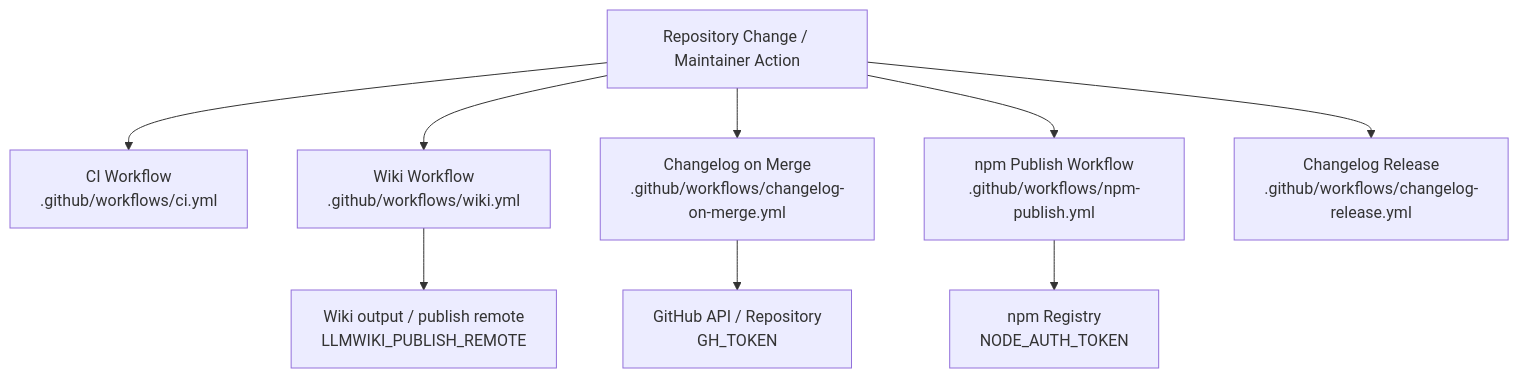
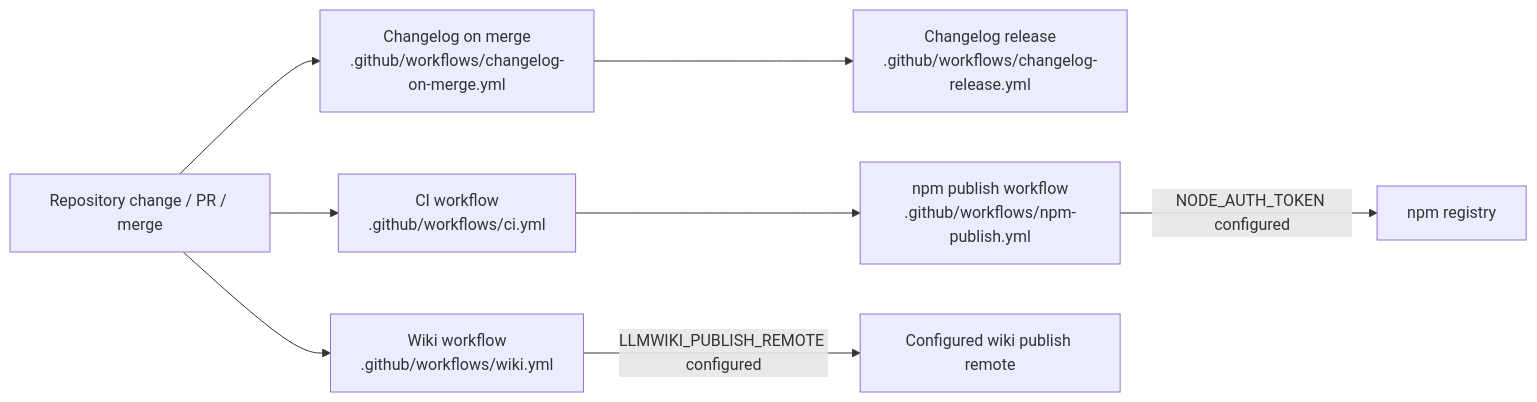
One commit to mfittko/repo-wiki changed the third of 3 diagrams in Architecture.md. Above: the diagram before and after it, drawn with Mermaid. The commit also changed other lines of this file and 46 other files, not shown here.

Commit message:
Compile repository wiki 2026-06-13T09:49:49.146Z

````diff
--- a/Architecture.md
+++ b/Architecture.md
@@ -184,19 +214,19 @@
 ```mermaid
-flowchart TD
-  Change["Repository Change / Maintainer Action"]
-  CI["CI Workflow\n.github/workflows/ci.yml"]
-  Wiki["Wiki Workflow\n.github/workflows/wiki.yml"]
-  Npm["npm Publish Workflow\n.github/workflows/npm-publish.yml"]
-  ChangelogMerge["Changelog on Merge\n.github/workflows/changelog-on-merge.yml"]
-  ChangelogRelease["Changelog Release\n.github/workflows/changelog-release.yml"]
+flowchart LR
+  Change["Repository change / PR / merge"]
+  CI["CI workflow<br/>.github/workflows/ci.yml"]
+  Wiki["Wiki workflow<br/>.github/workflows/wiki.yml"]
+  ChangelogMerge["Changelog on merge<br/>.github/workflows/changelog-on-merge.yml"]
+  ChangelogRelease["Changelog release<br/>.github/workflows/changelog-release.yml"]
+  PublishNpm["npm publish workflow<br/>.github/workflows/npm-publish.yml"]
+  WikiRemote["Configured wiki publish remote"]
+  Registry["npm registry"]
 
   Change --> CI
   Change --> Wiki
   Change --> ChangelogMerge
-  Change --> ChangelogRelease
-  Change --> Npm
-
-  Wiki --> WikiArtifact["Wiki output / publish remote\nLLMWIKI_PUBLISH_REMOTE"]
-  Npm --> Registry["npm Registry\nNODE_AUTH_TOKEN"]
-  ChangelogMerge --> GitHub["GitHub API / Repository\nGH_TOKEN"]
+  ChangelogMerge --> ChangelogRelease
+  CI --> PublishNpm
+  Wiki -->|LLMWIKI_PUBLISH_REMOTE configured| WikiRemote
+  PublishNpm -->|NODE_AUTH_TOKEN configured| Registry
 ```
````
